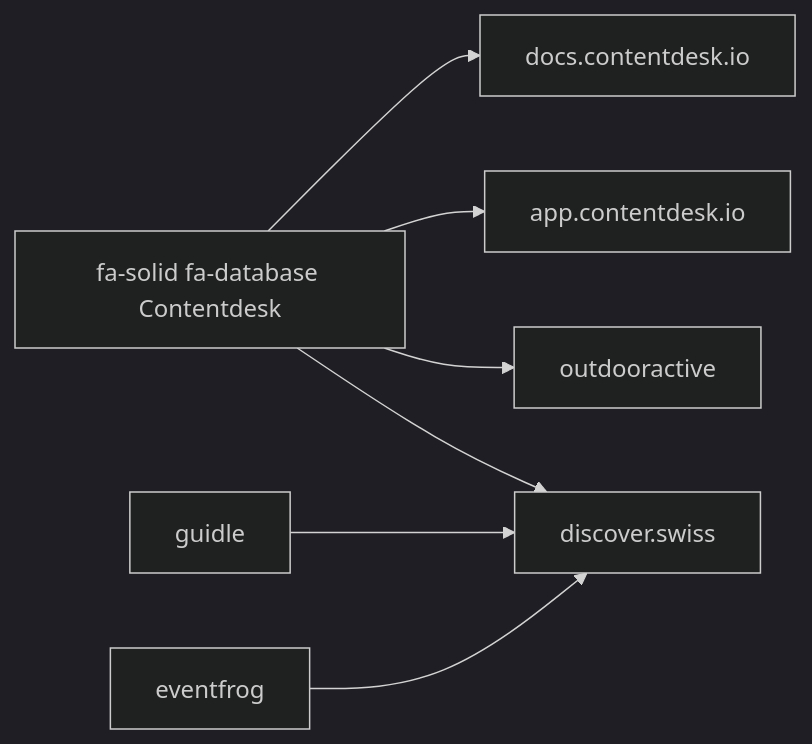
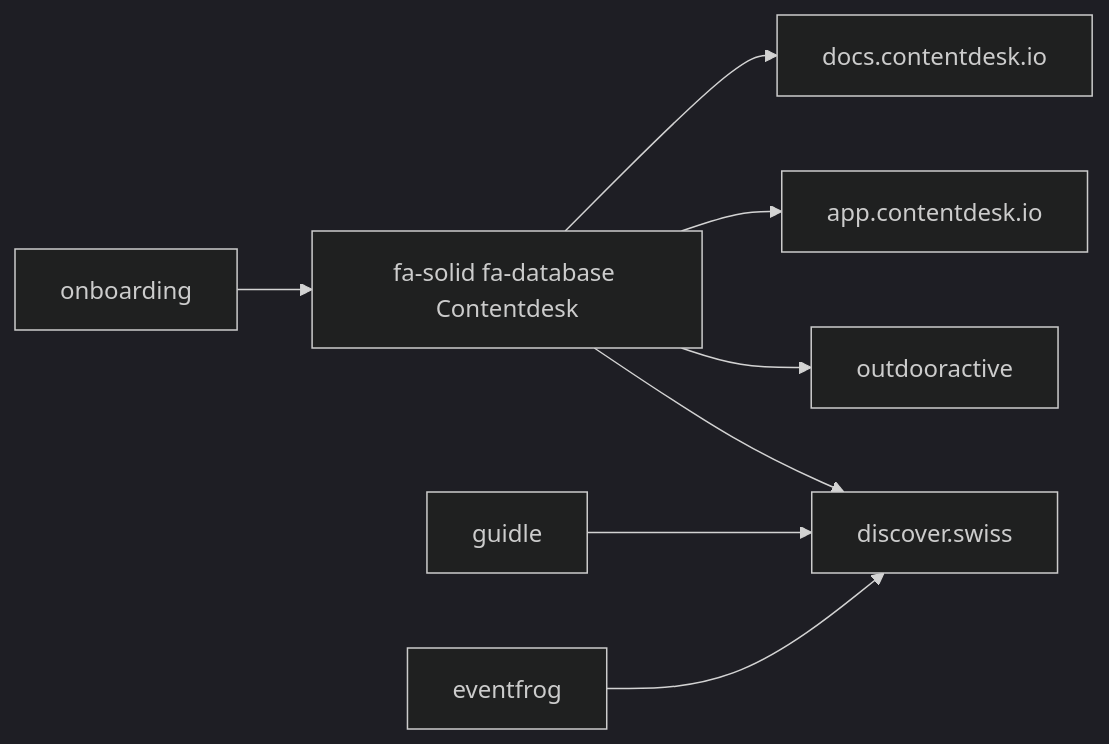
The second of 2 diagrams in docs/dev/index.md (tsolenthaler/docs.contentdesk.io), drawn with Mermaid (dark theme) before and after one commit. The commit also changed other lines of this file, not shown here.

Commit message:
Refactor code to update contentdesk dependencies and fix formatting issues in index.md

````diff
--- a/docs/dev/index.md
+++ b/docs/dev/index.md
@@ -20,11 +21,13 @@
 ``` mermaid
 flowchart LR
 
     contentdesk[fa-solid fa-database Contentdesk]-->docs.contentdesk.io
     contentdesk-->app.contentdesk.io
     contentdesk-->outdooractive
     contentdesk-->discover.swiss
 
+    onboarding-->contentdesk
+
     guidle-->discover.swiss
     eventfrog-->discover.swiss
 ```
````
